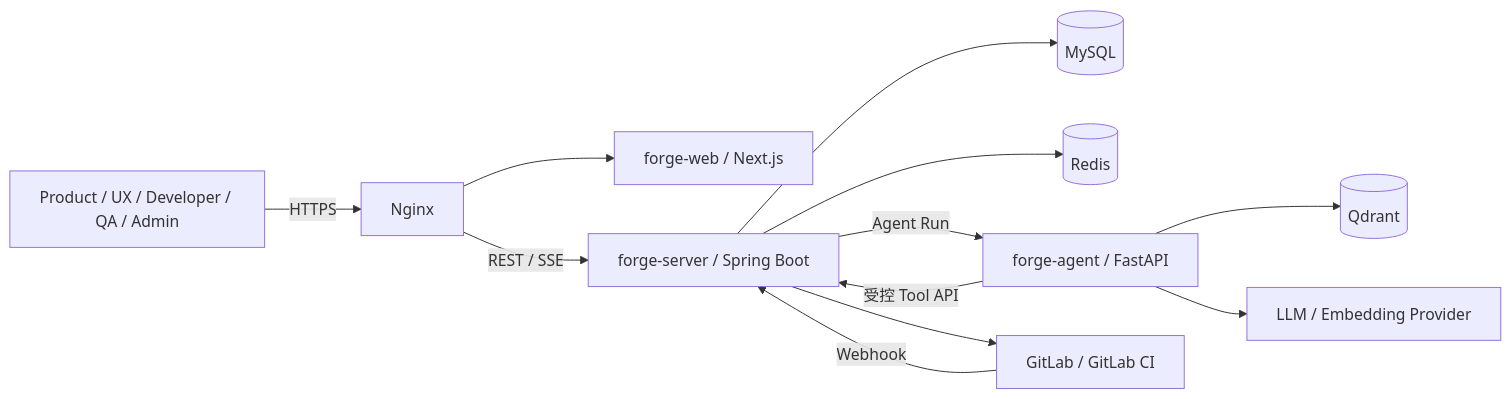
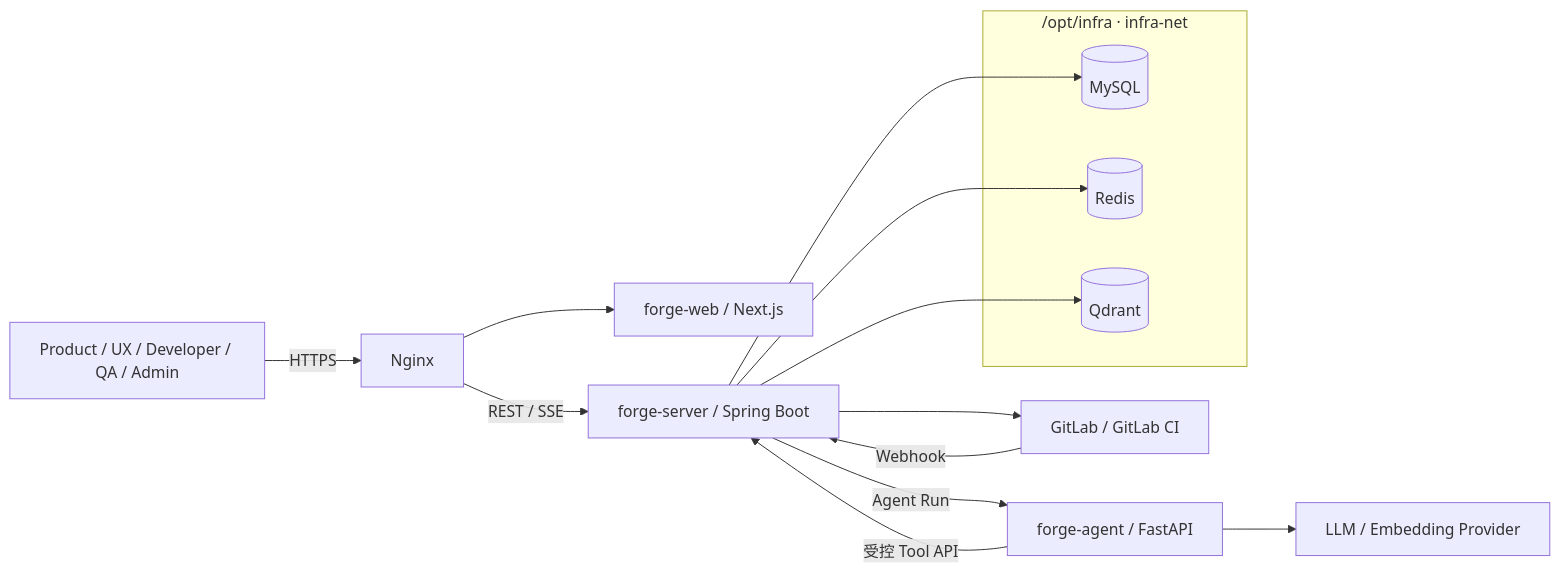
The first of 7 diagrams in docs/design/ForgeAI_完整技术方案_v1.3.md (yanghheda/forge-ai), drawn with Mermaid before and after one commit. The commit also changed other lines of this file and 25 other files, not shown here.

````diff
--- a/docs/design/ForgeAI_完整技术方案_v1.3.md
+++ b/docs/design/ForgeAI_完整技术方案_v1.3.md
@@ -115,14 +115,19 @@
 ```mermaid
 flowchart LR
     U[Product / UX / Developer / QA / Admin] -->|HTTPS| N[Nginx]
     N --> W[forge-web / Next.js]
     N -->|REST / SSE| B[forge-server / Spring Boot]
-    B --> M[(MySQL)]
-    B --> R[(Redis)]
+    subgraph I["/opt/infra · infra-net"]
+        M[(MySQL)]
+        R[(Redis)]
+        Q[(Qdrant)]
+    end
+    B --> M
+    B --> R
+    B --> Q
     B -->|Agent Run| A[forge-agent / FastAPI]
     A -->|受控 Tool API| B
-    A --> Q[(Qdrant)]
     A --> L[LLM / Embedding Provider]
     B --> G[GitLab / GitLab CI]
     G -->|Webhook| B
 ```
````
